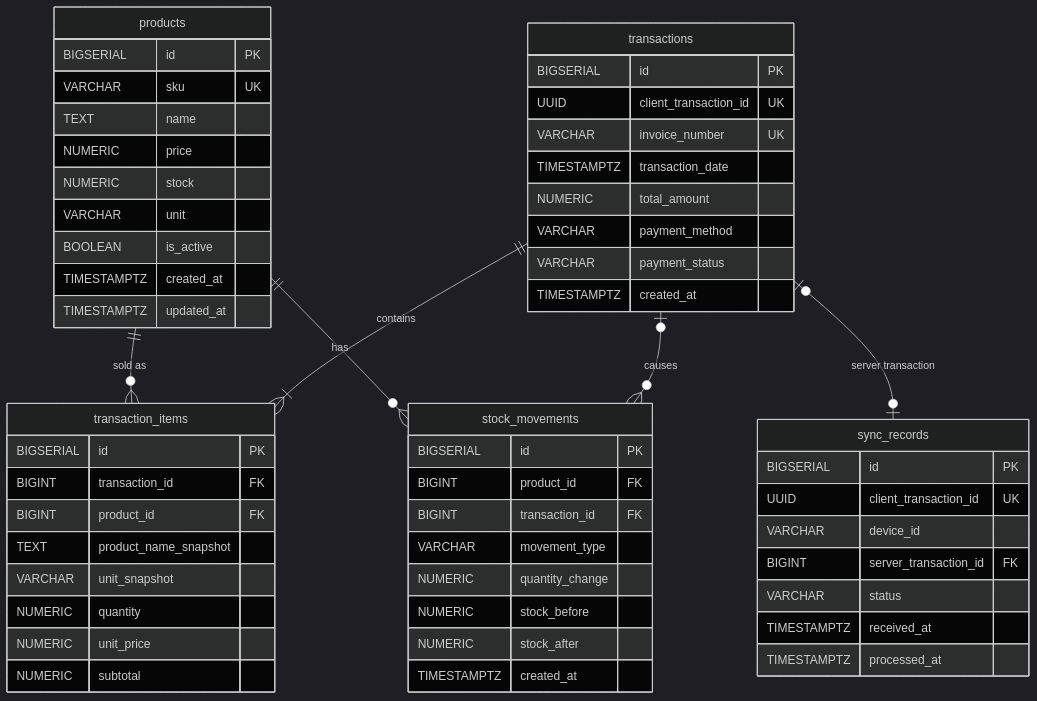
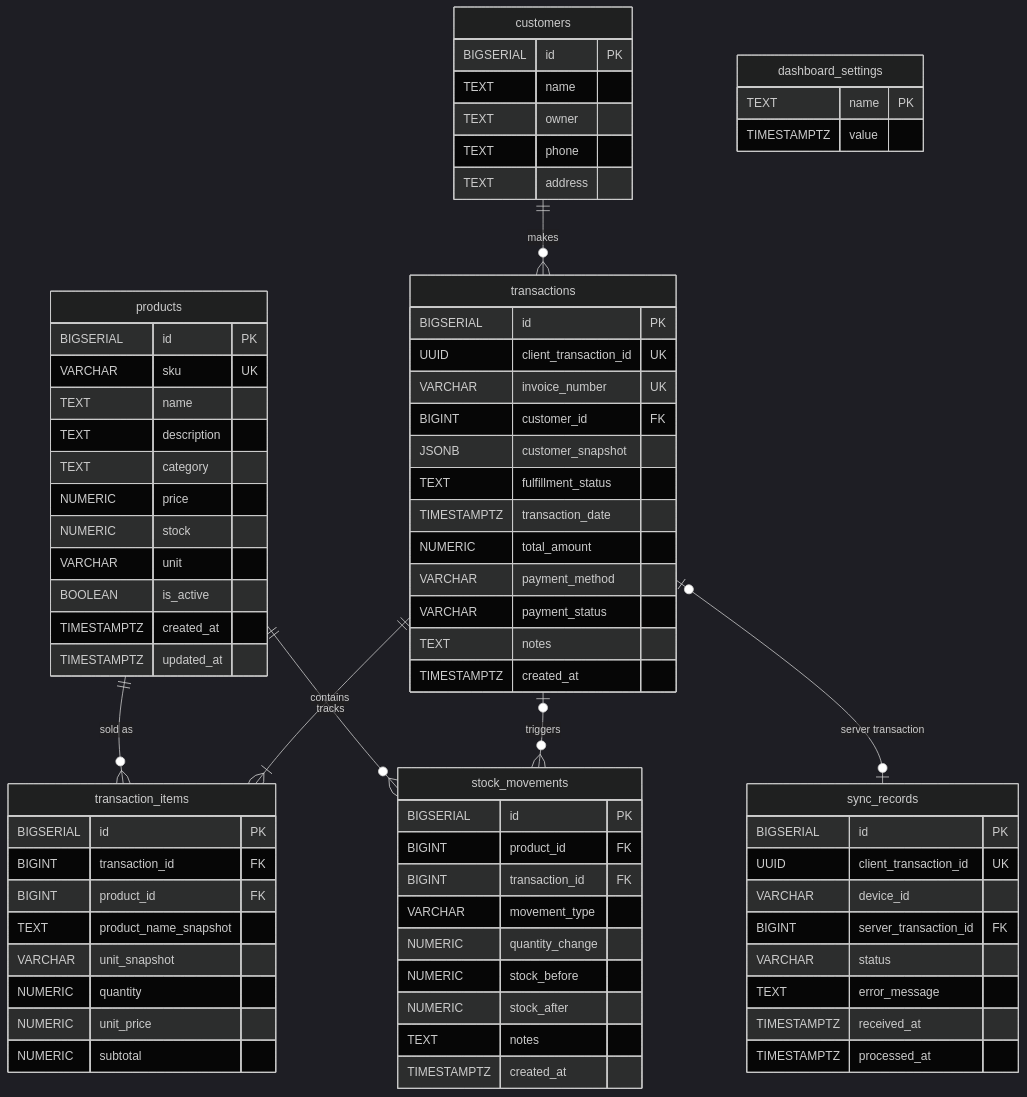
The diagram in docs/database-schema.md (Naufal-oboy/Toko-Indo-Telur), drawn with Mermaid (dark theme) before and after one commit. The commit also changed other lines of this file and 4 other files, not shown here.

Commit message:
docs: synchronize README, PRD, database schema, ai-service, and data-science

````diff
--- a/docs/database-schema.md
+++ b/docs/database-schema.md
@@ -5,59 +7,79 @@
 ```mermaid
 erDiagram
+  customers {
+    BIGSERIAL id PK
+    TEXT name
+    TEXT owner
+    TEXT phone
+    TEXT address
+  }
   products {
     BIGSERIAL id PK
     VARCHAR sku UK
     TEXT name
+    TEXT description
+    TEXT category
     NUMERIC price
     NUMERIC stock
     VARCHAR unit
     BOOLEAN is_active
     TIMESTAMPTZ created_at
     TIMESTAMPTZ updated_at
   }
   transactions {
     BIGSERIAL id PK
     UUID client_transaction_id UK
     VARCHAR invoice_number UK
+    BIGINT customer_id FK
+    JSONB customer_snapshot
+    TEXT fulfillment_status
     TIMESTAMPTZ transaction_date
     NUMERIC total_amount
     VARCHAR payment_method
     VARCHAR payment_status
+    TEXT notes
     TIMESTAMPTZ created_at
   }
   transaction_items {
     BIGSERIAL id PK
     BIGINT transaction_id FK
     BIGINT product_id FK
     TEXT product_name_snapshot
     VARCHAR unit_snapshot
     NUMERIC quantity
     NUMERIC unit_price
     NUMERIC subtotal
   }
   stock_movements {
     BIGSERIAL id PK
     BIGINT product_id FK
     BIGINT transaction_id FK
     VARCHAR movement_type
     NUMERIC quantity_change
     NUMERIC stock_before
     NUMERIC stock_after
+    TEXT notes
     TIMESTAMPTZ created_at
   }
   sync_records {
     BIGSERIAL id PK
     UUID client_transaction_id UK
     VARCHAR device_id
     BIGINT server_transaction_id FK
     VARCHAR status
+    TEXT error_message
     TIMESTAMPTZ received_at
     TIMESTAMPTZ processed_at
   }
+  dashboard_settings {
+    TEXT name PK
+    TIMESTAMPTZ value
+  }
 
+  customers ||--o{ transactions : "makes"
   products ||--o{ transaction_items : "sold as"
-  transactions ||--|{ transaction_items : contains
-  products ||--o{ stock_movements : has
-  transactions o|--o{ stock_movements : causes
+  transactions ||--|{ transaction_items : "contains"
+  products ||--o{ stock_movements : "tracks"
+  transactions o|--o{ stock_movements : "triggers"
   transactions o|--o| sync_records : "server transaction"
 ```
````
